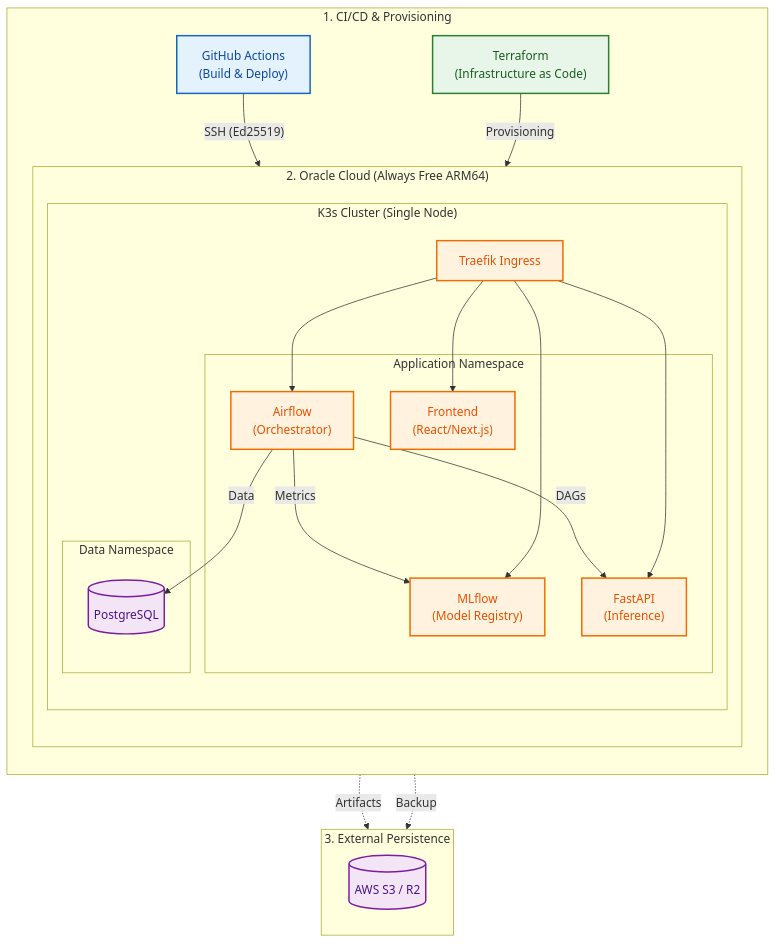
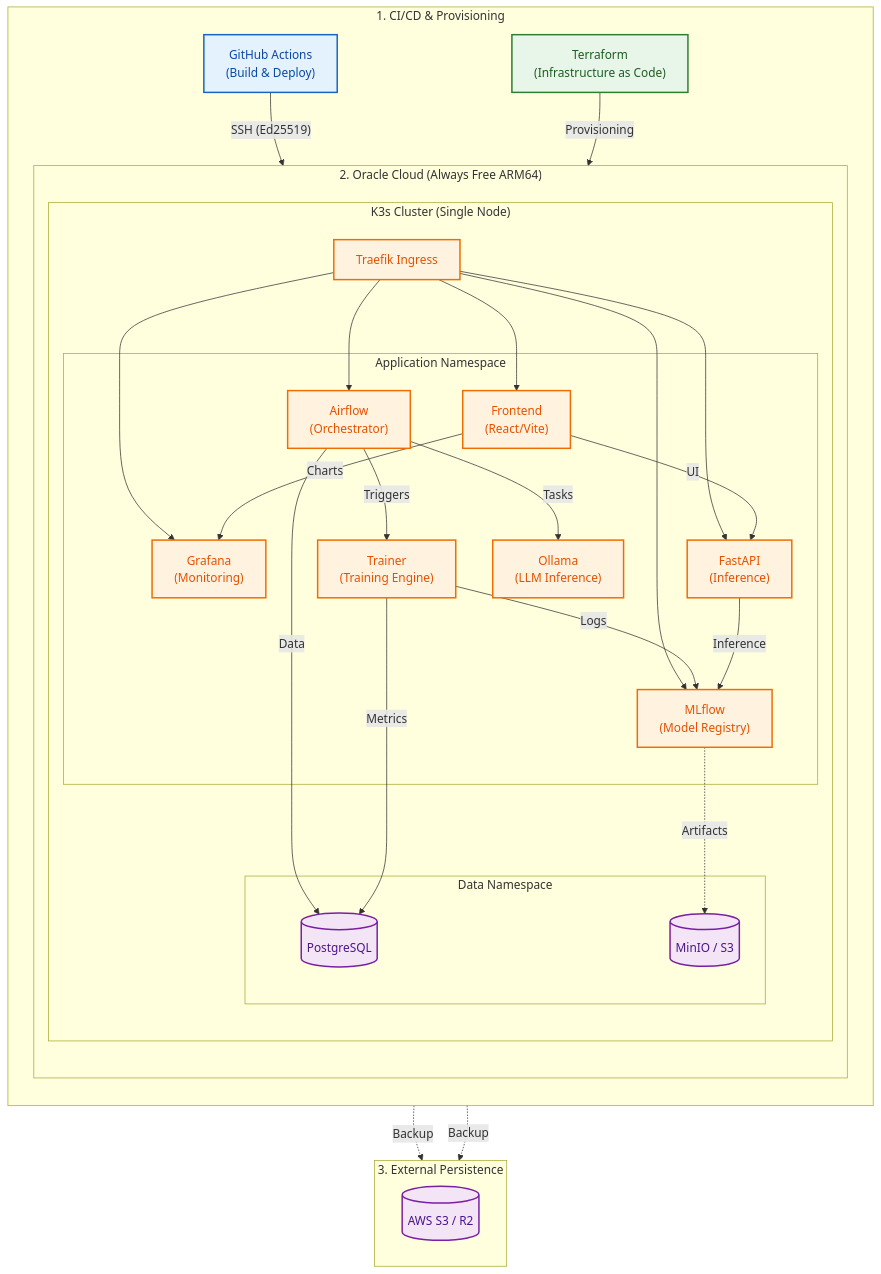
One commit to ChuLiYu/alphapulse-mlops-platform changed the diagram in README.md. Above: the diagram before and after it, drawn with Mermaid. The commit also changed 1 other file, not shown here.

Commit message:
docs: restore COST_FINOPS.md and update architecture diagram

````diff
--- a/README.md
+++ b/README.md
@@ -12,59 +12,72 @@
 ```mermaid
 %%{init: {'flowchart': {'curve': 'basis'}}}%%
 flowchart TD
     %% --- Styles ---
     classDef ci fill:#E3F2FD,stroke:#1565C0,stroke-width:2px,color:#0D47A1;
     classDef infra fill:#E8F5E9,stroke:#2E7D32,stroke-width:2px,color:#1B5E20;
     classDef k8s fill:#FFF3E0,stroke:#EF6C00,stroke-width:2px,color:#E65100;
     classDef storage fill:#F3E5F5,stroke:#7B1FA2,stroke-width:2px,color:#4A148C;
 
     %% --- 1. CI/CD & Infra Layer ---
     subgraph CICD ["1. CI/CD & Provisioning"]
         direction TB
         GHA["GitHub Actions<br/>(Build & Deploy)"]:::ci
         TF["Terraform<br/>(Infrastructure as Code)"]:::infra
         
         GHA -- "SSH (Ed25519)" --> PROD
         TF -- "Provisioning" --> PROD
     end
 
     %% --- 2. Production Cluster (Oracle Cloud) ---
     subgraph PROD ["2. Oracle Cloud (Always Free ARM64)"]
         direction TB
         
         subgraph K3S ["K3s Cluster (Single Node)"]
             direction TB
             ING[Traefik Ingress]:::k8s
             
             subgraph Apps ["Application Namespace"]
                 AF["Airflow<br/>(Orchestrator)"]:::k8s
                 ML["MLflow<br/>(Model Registry)"]:::k8s
                 API["FastAPI<br/>(Inference)"]:::k8s
-                WEB["Frontend<br/>(React/Next.js)"]:::k8s
+                WEB["Frontend<br/>(React/Vite)"]:::k8s
+                GF["Grafana<br/>(Monitoring)"]:::k8s
+                TR["Trainer<br/>(Training Engine)"]:::k8s
+                OL["Ollama<br/>(LLM Inference)"]:::k8s
             end
             
             subgraph Data ["Data Namespace"]
                  PG[(PostgreSQL)]:::storage
+                 MI[(MinIO / S3)]:::storage
             end
         end
     end
 
     %% --- 3. External Storage ---
     subgraph EXT ["3. External Persistence"]
         direction LR
         S3[("AWS S3 / R2")]:::storage
     end
 
     %% --- Flows ---
+    ING --> WEB
     ING --> AF
     ING --> ML
+    ING --> GF
     ING --> API
-    ING --> WEB
     
-    AF -- "DAGs" --> API
-    AF -- "Metrics" --> ML
+    AF -- "Triggers" --> TR
     AF -- "Data" --> PG
+    AF -- "Tasks" --> OL
     
-    ML -.->|Artifacts| S3
+    TR -- "Logs" --> ML
+    TR -- "Metrics" --> PG
+    
+    API -- "Inference" --> ML
+    WEB -- "UI" --> API
+    WEB -- "Charts" --> GF
+    
+    ML -.->|Artifacts| MI
+    MI -.->|Backup| S3
     PG -.->|Backup| S3
 ```
````
